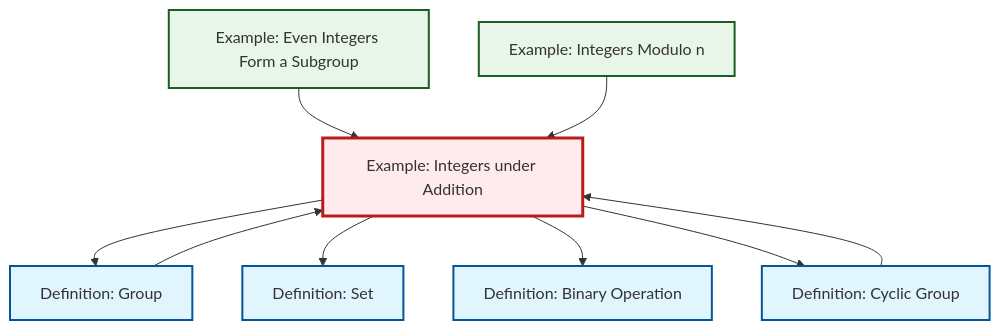
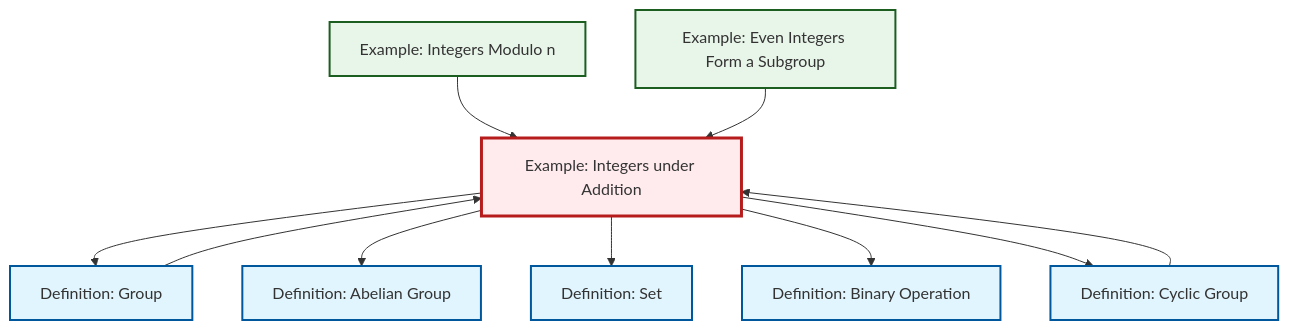
One commit to RK0429/ModernMath changed the diagram in content/ja/algebra/ex-integers-addition.qmd. Above: the diagram before and after it, drawn with Mermaid. The commit also changed 474 other files, not shown here.

````diff
--- a/content/ja/algebra/ex-integers-addition.qmd
+++ b/content/ja/algebra/ex-integers-addition.qmd
@@ -74,31 +74,34 @@
 ```{mermaid}
 %%| fig-cap: "Local dependency graph"
 graph TD
     classDef definition fill:#e1f5fe,stroke:#01579b,stroke-width:2px
     classDef theorem fill:#f3e5f5,stroke:#4a148c,stroke-width:2px
     classDef axiom fill:#fff3e0,stroke:#e65100,stroke-width:2px
     classDef example fill:#e8f5e9,stroke:#1b5e20,stroke-width:2px
     classDef current fill:#ffebee,stroke:#b71c1c,stroke-width:3px
+    def-abelian-group["Definition: Abelian Group"]:::definition
+    ex-integers-addition["Example: Integers under Addition"]:::example
     def-set["Definition: Set"]:::definition
     ex-quotient-integers-mod-n["Example: Integers Modulo n"]:::example
+    def-cyclic-group["Definition: Cyclic Group"]:::definition
+    ex-even-integers-subgroup["Example: Even Integers Form a Subgroup"]:::example
     def-group["Definition: Group"]:::definition
     def-binary-operation["Definition: Binary Operation"]:::definition
-    ex-integers-addition["Example: Integers under Addition"]:::example
-    ex-even-integers-subgroup["Example: Even Integers Form a Subgroup"]:::example
-    def-cyclic-group["Definition: Cyclic Group"]:::definition
+    ex-quotient-integers-mod-n --> ex-integers-addition
     ex-integers-addition --> def-group
+    def-cyclic-group --> ex-integers-addition
+    ex-integers-addition --> def-abelian-group
+    def-group --> ex-integers-addition
+    ex-integers-addition --> def-set
+    ex-integers-addition --> def-binary-operation
+    ex-integers-addition --> def-cyclic-group
     ex-even-integers-subgroup --> ex-integers-addition
-    ex-integers-addition --> def-set
-    def-cyclic-group --> ex-integers-addition
-    ex-integers-addition --> def-binary-operation
-    def-group --> ex-integers-addition
-    ex-integers-addition --> def-cyclic-group
-    ex-quotient-integers-mod-n --> ex-integers-addition
     class ex-integers-addition current
+    click def-abelian-group "def-abelian-group.html" "Definition: Abelian Groupへ"
     click def-set "def-set.html" "Definition: Setへ"
     click ex-quotient-integers-mod-n "ex-quotient-integers-mod-n.html" "Example: Integers Modulo nへ"
+    click def-cyclic-group "def-cyclic-group.html" "Definition: Cyclic Groupへ"
+    click ex-even-integers-subgroup "ex-even-integers-subgroup.html" "Example: Even Integers Form a Subgroupへ"
     click def-group "def-group.html" "Definition: Groupへ"
     click def-binary-operation "def-binary-operation.html" "Definition: Binary Operationへ"
-    click ex-even-integers-subgroup "ex-even-integers-subgroup.html" "Example: Even Integers Form a Subgroupへ"
-    click def-cyclic-group "def-cyclic-group.html" "Definition: Cyclic Groupへ"
 ```
````
